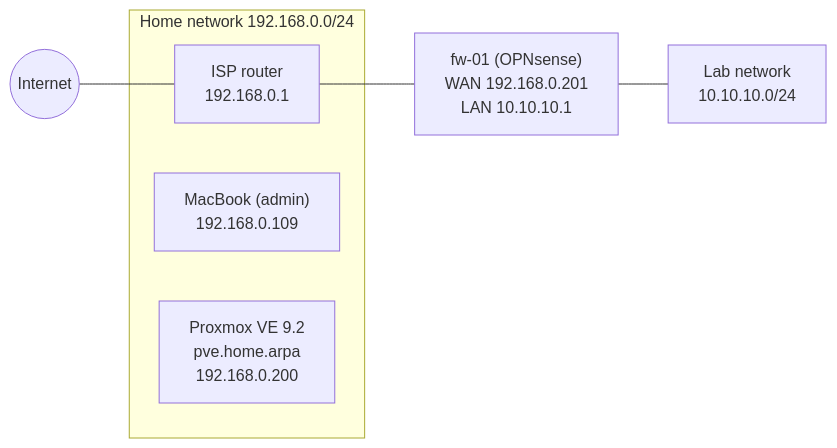
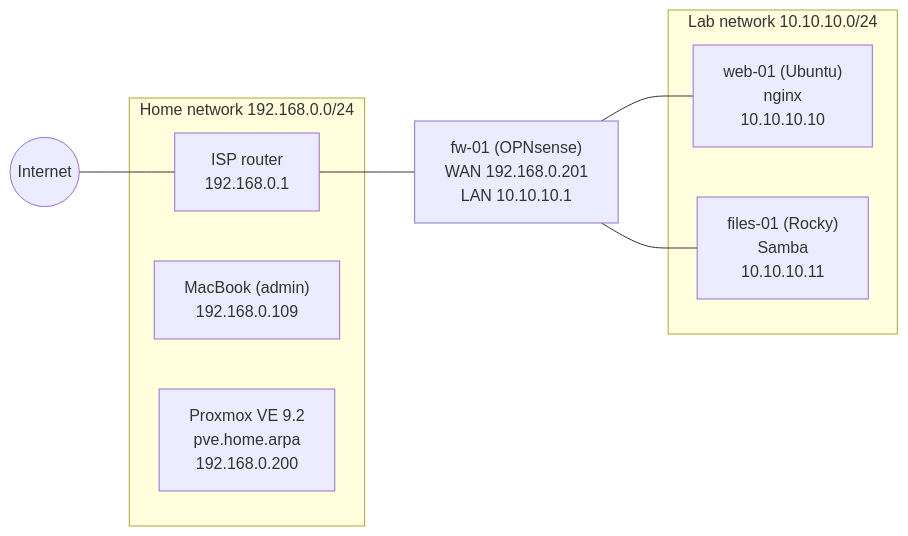
Before and after one commit to nicomts/homelab: the diagram in README.md, drawn with Mermaid. The commit also changed other lines of this file and 14 other files, not shown here.

````diff
--- a/README.md
+++ b/README.md
@@ -32,11 +54,16 @@
 ```mermaid
 flowchart LR
     NET((Internet)) --- ISP
     subgraph HOME["Home network 192.168.0.0/24"]
         ISP["ISP router<br>192.168.0.1"]
         MAC["MacBook (admin)<br>192.168.0.109"]
         PVE["Proxmox VE 9.2<br>pve.home.arpa<br>192.168.0.200"]
     end
     ISP --- FW["fw-01 (OPNsense)<br>WAN 192.168.0.201<br>LAN 10.10.10.1"]
-    FW --- LAB["Lab network<br>10.10.10.0/24"]
+    subgraph LAB["Lab network 10.10.10.0/24"]
+        WEB["web-01 (Ubuntu)<br>nginx<br>10.10.10.10"]
+        FILES["files-01 (Rocky)<br>Samba<br>10.10.10.11"]
+    end
+    FW --- WEB
+    FW --- FILES
 ```
````
